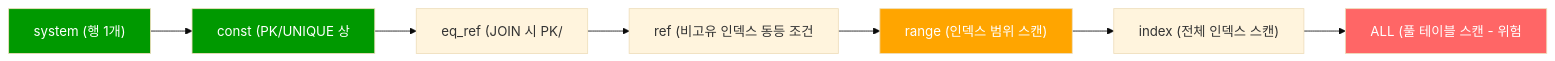
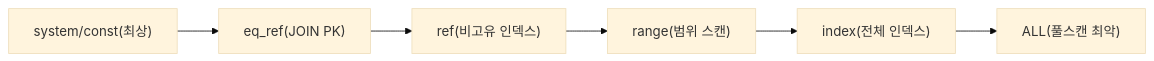
The second of 5 diagrams in _posts/db/2026-05-01-db-optimizer.md (yjkim2015/yjkim2015.github.io), drawn with Mermaid (base theme) before and after one commit. The commit also changed other lines of this file and 4 other files, not shown here.

````diff
--- a/_posts/db/2026-05-01-db-optimizer.md
+++ b/_posts/db/2026-05-01-db-optimizer.md
@@ -184,13 +296,8 @@
 ```mermaid
 graph LR
-    S["system (행 1개)"] --> C["const (PK/UNIQUE 상"]
-    C --> ER["eq_ref (JOIN 시 PK/"]
-    ER --> R["ref (비고유 인덱스 동등 조건"]
-    R --> RA["range (인덱스 범위 스캔)"]
-    RA --> I["index (전체 인덱스 스캔)"]
-    I --> AL["ALL (풀 테이블 스캔 - 위험"]
-    style AL fill:#f66,color:#fff
-    style RA fill:#ffa500,color:#fff
-    style S fill:#090,color:#fff
-    style C fill:#090,color:#fff
+    SYS["system/const(최상)"] --> EQR["eq_ref(JOIN PK)"]
+    EQR --> REF["ref(비고유 인덱스)"]
+    REF --> RNG["range(범위 스캔)"]
+    RNG --> IDX["index(전체 인덱스)"]
+    IDX --> ALL["ALL(풀스캔 최악)"]
 ```
````
